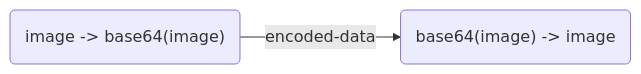
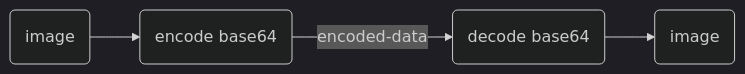
One commit to Toerktumlare/blog changed the diagram in content/blog/base64-in-rust/index.mdx. Above: the diagram before and after it, drawn with Mermaid. The commit also changed 2 other files, not shown here.

Commit message:
updated mermaid graph in base64 post

````diff
--- a/content/blog/base64-in-rust/index.mdx
+++ b/content/blog/base64-in-rust/index.mdx
@@ -34,4 +34,5 @@
 ```mermaid
+%%{init: {'theme':'dark'}}%%
 graph LR
-    A("image -> base64(image)")-- encoded-data -->B("base64(image) -> image")
+    A(image)-->B(encode base64)-- encoded-data -->C(decode base64)--> D(image)
 ```
````
